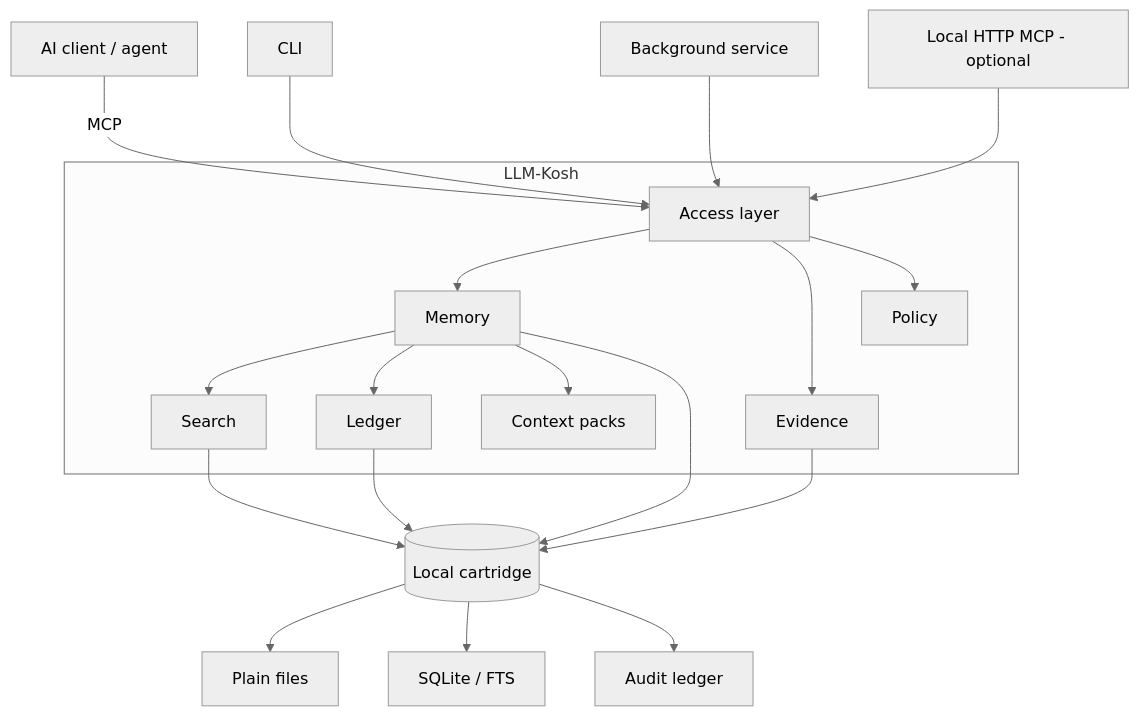
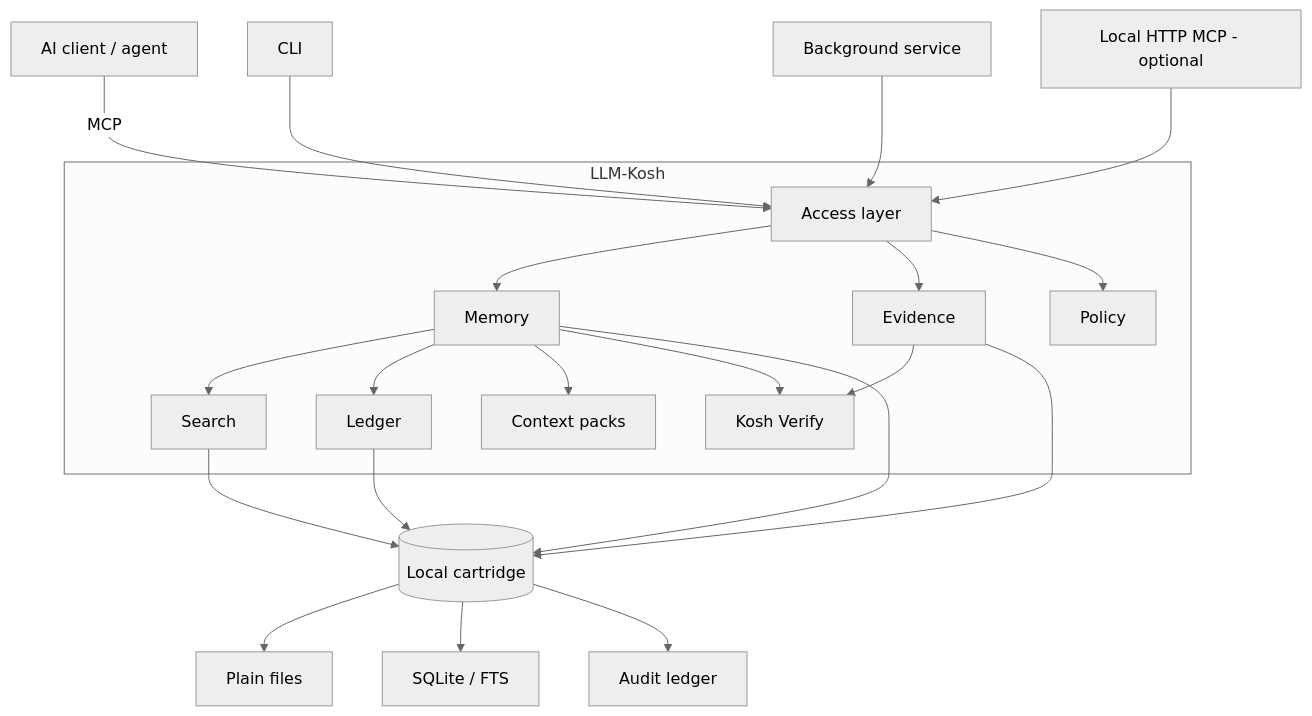
One commit to rastogivaibhav/llm-kosh changed the diagram in README.md. Above: the diagram before and after it, drawn with Mermaid (neutral theme). The commit also changed other lines of this file and 8 other files, not shown here.

First line of the commit message:
Surface Kosh Verify and add reproducible OSS quality gates

````diff
--- a/README.md
+++ b/README.md
@@ -59,32 +91,35 @@
 ```mermaid
 flowchart TB
     A[AI client / agent] -->|MCP| R[Access layer]
     M[CLI] --> R
     N[Background service] --> R
     O[Local HTTP MCP - optional] --> R
 
     subgraph KOSH[LLM-Kosh]
       R
       C[Memory]
       D[Evidence]
       E[Search]
       F[Policy]
       G[Ledger]
       H[Context packs]
+      V[Kosh Verify]
 
       R --> C
       R --> D
       R --> F
       C --> E
       C --> G
       C --> H
+      C --> V
+      D --> V
     end
 
     C --> I[(Local cartridge)]
     D --> I
     E --> I
     G --> I
     I --> J[Plain files]
     I --> K[SQLite / FTS]
     I --> L[Audit ledger]
 ```
````
